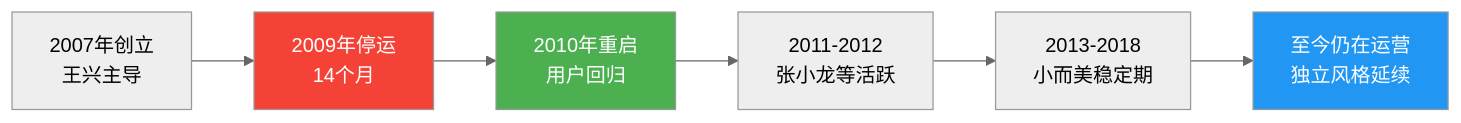
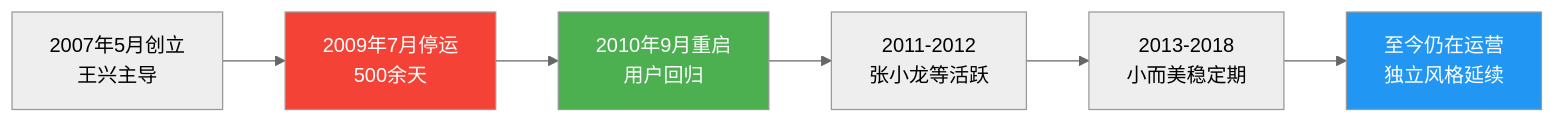
Before and after one commit to qinwenshi/wiki: the third of 4 diagrams in content/knowledge/饭否文化与社区.md, drawn with Mermaid (neutral theme). The commit also changed other lines of this file and 16 other files, not shown here.

````diff
--- a/content/knowledge/饭否文化与社区.md
+++ b/content/knowledge/饭否文化与社区.md
@@ -114,12 +140,12 @@
 ```mermaid
 flowchart LR
-    A[2007年创立<br/>王兴主导] --> B[2009年停运<br/>14个月]
-    B --> C[2010年重启<br/>用户回归]
+    A[2007年5月创立<br/>王兴主导] --> B[2009年7月停运<br/>500余天]
+    B --> C[2010年9月重启<br/>用户回归]
     C --> D[2011-2012<br/>张小龙等活跃]
     D --> E[2013-2018<br/>小而美稳定期]
     E --> F[至今仍在运营<br/>独立风格延续]
     
     style B fill:#F44336,color:#fff
     style C fill:#4CAF50,color:#fff
     style F fill:#2196F3,color:#fff
 ```
````
